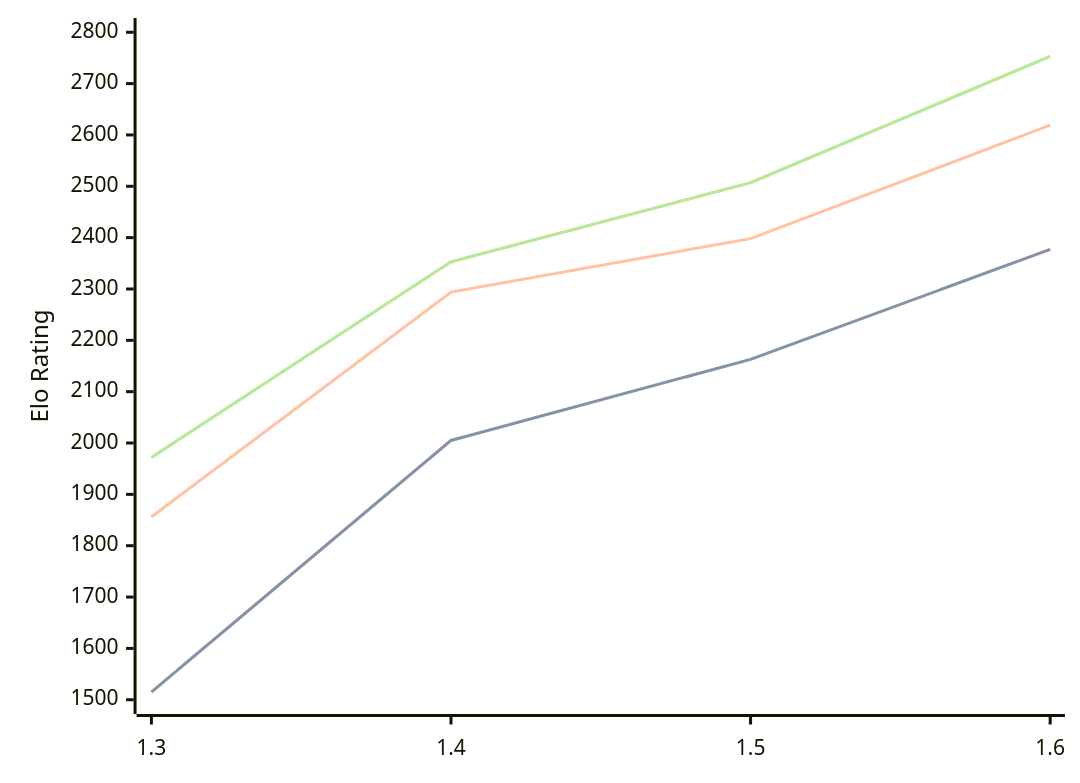
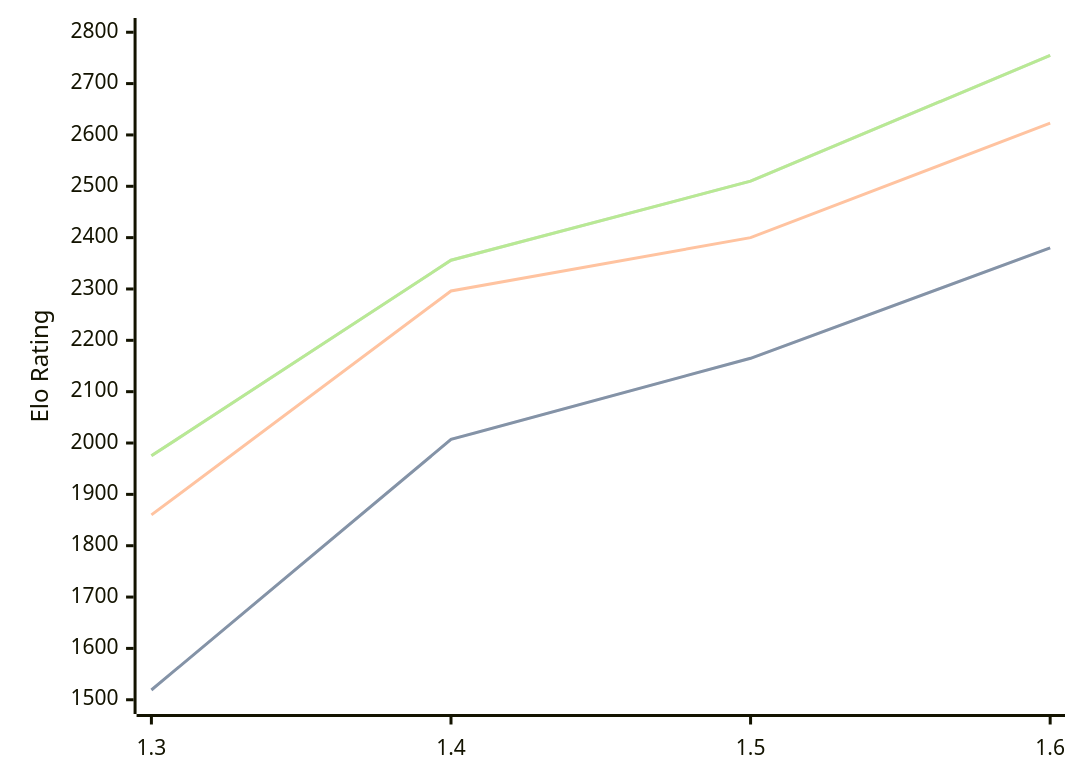
One commit to computer-chess-index/cci changed the diagram in engines/Facon.md. Above: the diagram before and after it, drawn with Mermaid. The commit also changed other lines of this file, not shown here.

Commit message:
Update CCI Ratings (ELO VLTC) - 2026-09-24

````diff
--- a/engines/Facon.md
+++ b/engines/Facon.md
@@ -35,11 +35,11 @@
 ```mermaid
 %%{init: {"theme":"base","themeVariables":{"seriesColors:['#a3a3a3','#222221','#faa371']}}}%%
 xychart-beta
   x-axis ["1.3", "1.4", "1.5", "1.6"]
   y-axis "Elo Rating" 1500 --> 2800
-  line "" [1515, 2005, 2163, 2377]
-  line "STC (8.0+0.08s)" [1515, 2005, 2163, 2377]
-  line "LTC (60.0+0.60s)" [1856, 2294, 2398, 2619]
-  line "" [1972, 2353, 2507, 2753]
-  line "VLTC (2m24s+1.12s)" [1972, 2353, 2507, 2753]
+  line "" [1519, 2007, 2165, 2380]
+  line "STC (8.0+0.08s)" [1519, 2007, 2165, 2380]
+  line "LTC (60.0+0.60s)" [1860, 2296, 2400, 2623]
+  line "" [1975, 2356, 2510, 2755]
+  line "VLTC (2m24s+1.12s)" [1975, 2356, 2510, 2755]
 ```
````
